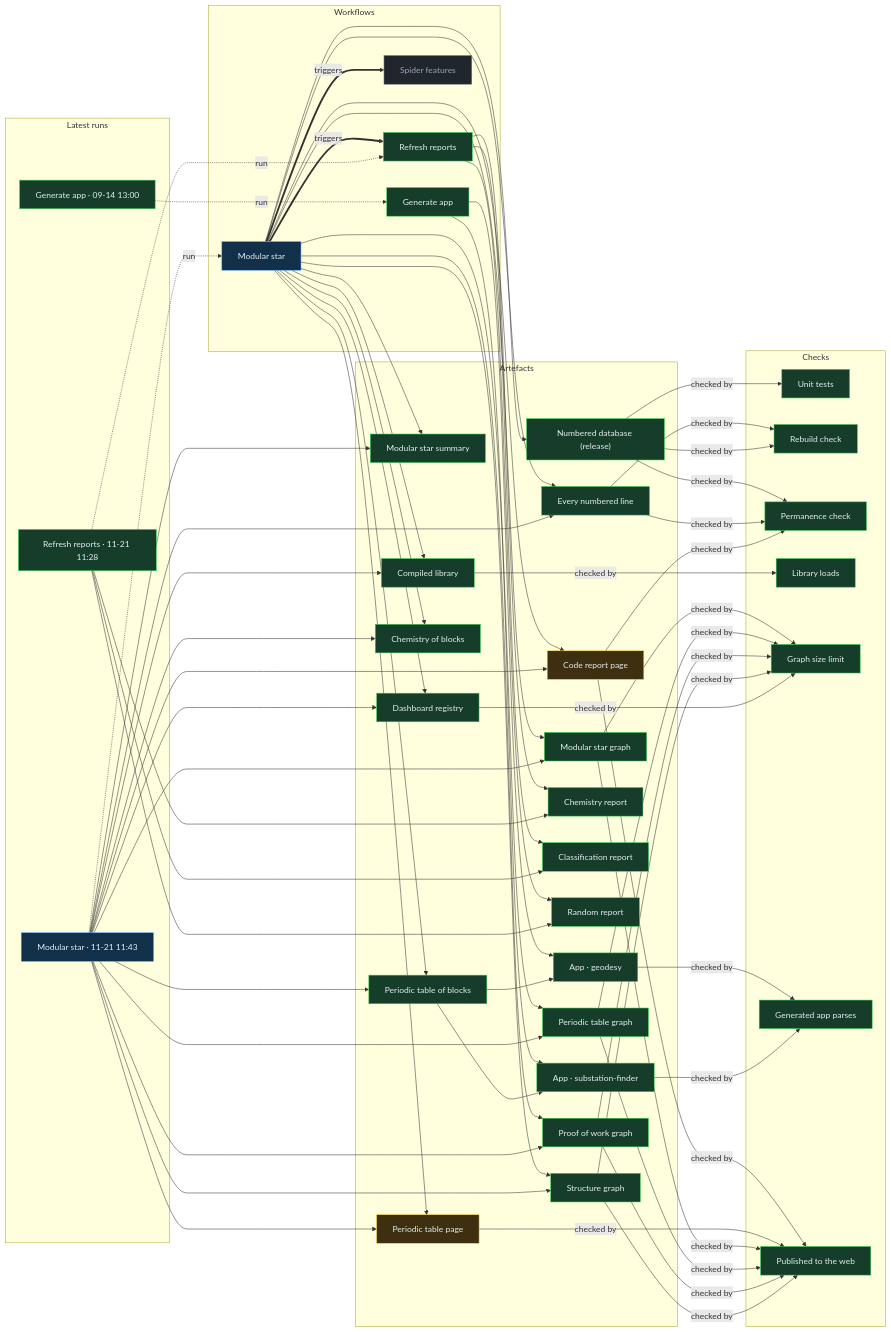
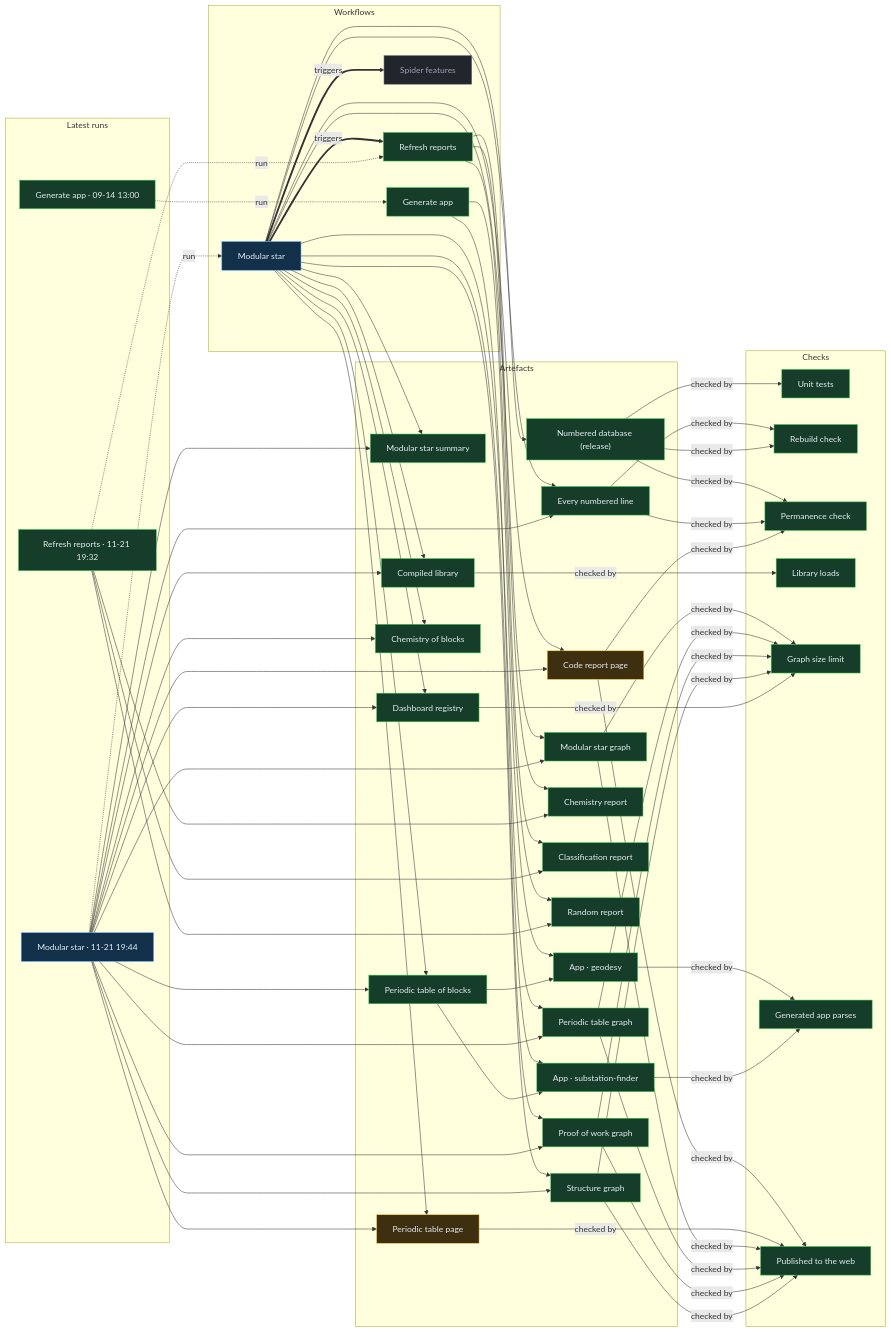
One commit to Ventusltd/stars changed the diagram in proof/PROOF.md. Above: the diagram before and after it, drawn with Mermaid. The commit also changed other lines of this file and 81 other files, not shown here.

Commit message:
Modular star 2026-11-21T19:46Z

```diff
--- a/proof/PROOF.md
+++ b/proof/PROOF.md
@@ -24,8 +24,8 @@
   n_wf_spider_features["Spider features"]:::off
   end
   subgraph g_runs["Latest runs"]
-  n_run_44900422052["Modular star · 11-21 11:43"]:::live
-  n_run_44899250865["Refresh reports · 11-21 11:28"]:::ok
+  n_run_44942539308["Modular star · 11-21 19:44"]:::live
+  n_run_44941522182["Refresh reports · 11-21 19:32"]:::ok
   n_run_34846587798["Generate app · 09-14 13:00"]:::ok
   end
   subgraph g_artefacts["Artefacts"]
@@ -59,39 +59,39 @@
   end
   n_wf_modular_star == triggers ==> n_wf_refresh
   n_wf_modular_star == triggers ==> n_wf_spider_features
-  n_run_44900422052 -. run .-> n_wf_modular_star
-  n_run_44899250865 -. run .-> n_wf_refresh
+  n_run_44942539308 -. run .-> n_wf_modular_star
+  n_run_44941522182 -. run .-> n_wf_refresh
   n_run_34846587798 -. run .-> n_wf_generate
   n_wf_modular_star --> n_art_summary
-  n_run_44900422052 --> n_art_summary
+  n_run_44942539308 --> n_art_summary
   n_wf_modular_star --> n_art_lines
-  n_run_44900422052 --> n_art_lines
+  n_run_44942539308 --> n_art_lines
   n_wf_modular_star --> n_art_code
-  n_run_44900422052 --> n_art_code
+  n_run_44942539308 --> n_art_code
   n_wf_modular_star --> n_art_modular_graph
-  n_run_44900422052 --> n_art_modular_graph
+  n_run_44942539308 --> n_art_modular_graph
   n_wf_modular_star --> n_art_blocks
-  n_run_44900422052 --> n_art_blocks
+  n_run_44942539308 --> n_art_blocks
   n_wf_modular_star --> n_art_table
-  n_run_44900422052 --> n_art_table
+  n_run_44942539308 --> n_art_table
   n_wf_modular_star --> n_art_blocks_graph
-  n_run_44900422052 --> n_art_blocks_graph
+  n_run_44942539308 --> n_art_blocks_graph
   n_wf_modular_star --> n_art_reactions
-  n_run_44900422052 --> n_art_reactions
+  n_run_44942539308 --> n_art_reactions
   n_wf_modular_star --> n_art_library
-  n_run_44900422052 --> n_art_library
+  n_run_44942539308 --> n_art_library
   n_wf_modular_star --> n_art_features
-  n_run_44900422052 --> n_art_features
+  n_run_44942539308 --> n_art_features
   n_wf_modular_star --> n_art_proof
-  n_run_44900422052 --> n_art_proof
+  n_run_44942539308 --> n_art_proof
   n_wf_modular_star --> n_art_structure
-  n_run_44900422052 --> n_art_structure
+  n_run_44942539308 --> n_art_structure
   n_wf_refresh --> n_art_chemistry
-  n_run_44899250865 --> n_art_chemistry
+  n_run_44941522182 --> n_art_chemistry
   n_wf_refresh --> n_art_vedic
-  n_run_44899250865 --> n_art_vedic
+  n_run_44941522182 --> n_art_vedic
   n_wf_refresh --> n_art_random
-  n_run_44899250865 --> n_art_random
+  n_run_44941522182 --> n_art_random
   n_wf_modular_star --> n_art_release
   n_wf_generate --> n_app_geodesy
   n_art_blocks --> n_app_geodesy
```
